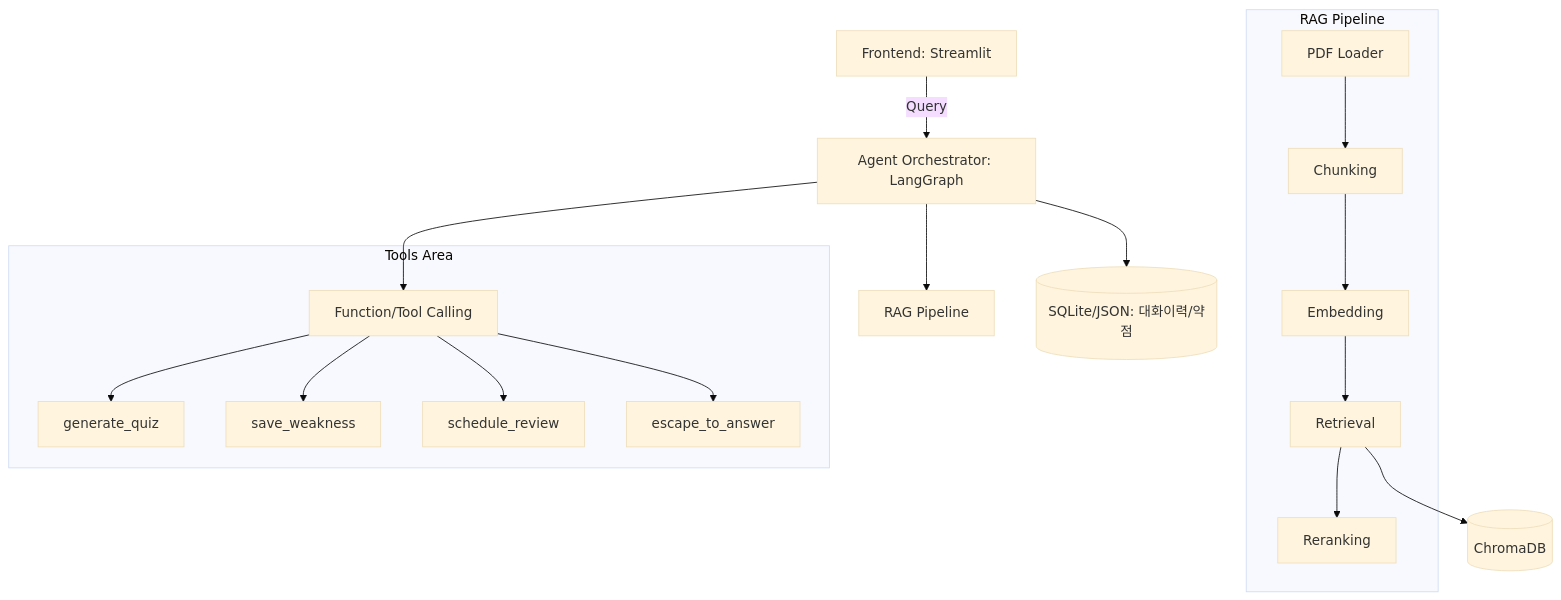
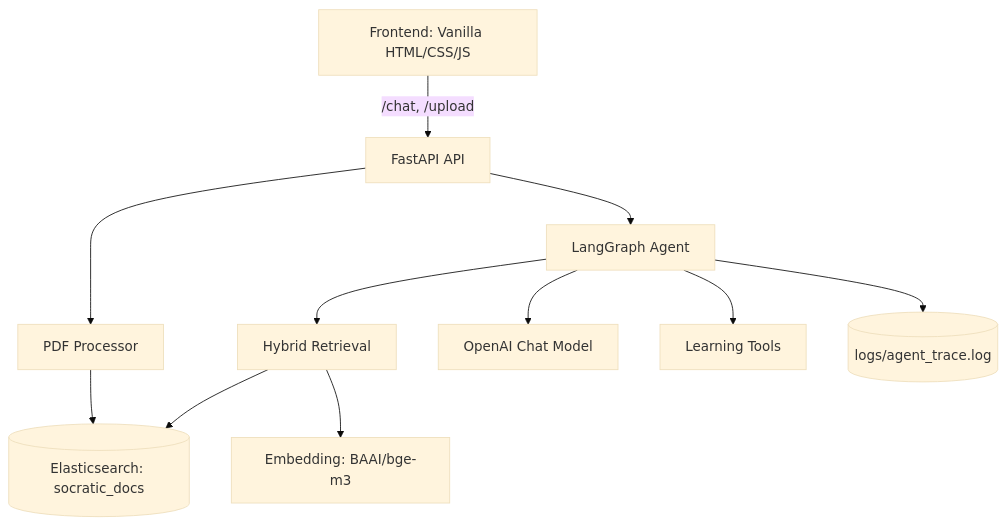
Before and after one commit to devCollegit/SocrAItes: the diagram in docs/System_Design.md, drawn with Mermaid (base theme). The commit also changed other lines of this file and 12 other files, not shown here.

````diff
--- a/docs/System_Design.md
+++ b/docs/System_Design.md
@@ -7,19 +9,13 @@
 ```mermaid
 graph TD
-    UI[Frontend: Streamlit] -->|Query| Agent[Agent Orchestrator: LangGraph]
-    Agent --> RAG[RAG Pipeline]
-    Agent --> Tools[Function/Tool Calling]
-    Agent --> DB[(SQLite/JSON: 대화이력/약점)]
-    
-    subgraph RAG Pipeline
-        Loader[PDF Loader] --> Chunk[Chunking] --> Embed[Embedding] --> Retrieve[Retrieval] --> Rerank[Reranking]
-    end
-    Retrieve --> VDB[(ChromaDB)]
-    
-    subgraph Tools Area
-        Tools --> T1[generate_quiz]
-        Tools --> T2[save_weakness]
-        Tools --> T3[schedule_review]
-        Tools --> T4[escape_to_answer]
-    end
+     UI[Frontend: Vanilla HTML/CSS/JS] -->|/chat, /upload| API[FastAPI API]
+     API --> AGENT[LangGraph Agent]
+     API --> PROC[PDF Processor]
+     PROC --> ES[(Elasticsearch: socratic_docs)]
+     AGENT --> RET[Hybrid Retrieval]
+     RET --> ES
+     RET --> EMB[Embedding: BAAI/bge-m3]
+     AGENT --> LLM[OpenAI Chat Model]
+     AGENT --> TOOLS[Learning Tools]
+     AGENT --> TRACE[(logs/agent_trace.log)]
 ```
````
